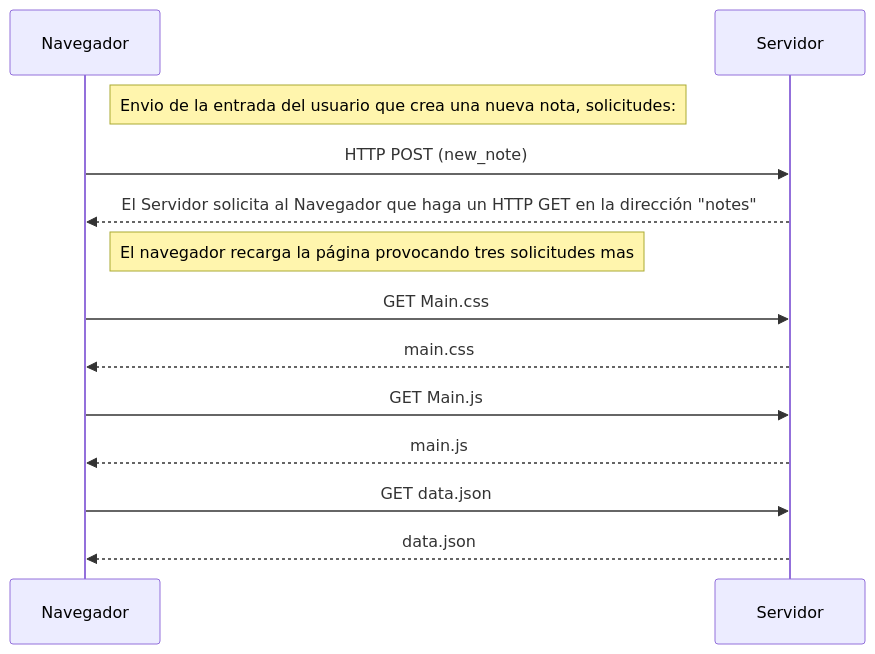
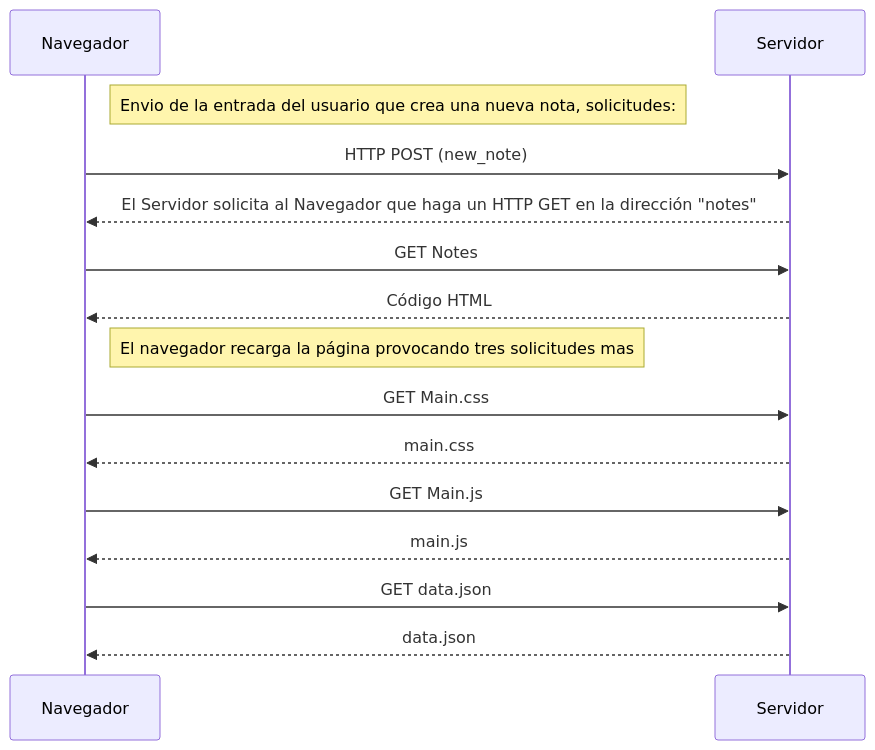
Before and after one commit to estebanrcr/FullStackOpen: the diagram in Part-0/0.4-Diagrama-de-nota.markdown, drawn with Mermaid.

````diff
--- a/Part-0/0.4-Diagrama-de-nota.markdown
+++ b/Part-0/0.4-Diagrama-de-nota.markdown
@@ -1,18 +1,22 @@
 ```mermaid
 sequenceDiagram
 Participant Navegador
 Participant Servidor
 
 Note right of Navegador: Envio de la entrada del usuario que crea una nueva nota, solicitudes:
 Navegador->>Servidor: HTTP POST (new_note)
 Servidor -->> Navegador: El Servidor solicita al Navegador que haga un HTTP GET en la dirección "notes"
+Navegador ->>  Servidor: GET Notes
+Servidor -->> Navegador: Código HTML
+
+
 Note right of Navegador: El  navegador recarga la página provocando tres solicitudes mas
 
 Navegador ->>  Servidor: GET Main.css
 Servidor -->> Navegador: main.css
 Navegador ->>  Servidor: GET Main.js
 Servidor -->> Navegador: main.js
 Navegador ->>  Servidor: GET data.json
 Servidor -->> Navegador: data.json
 
 ```
````
